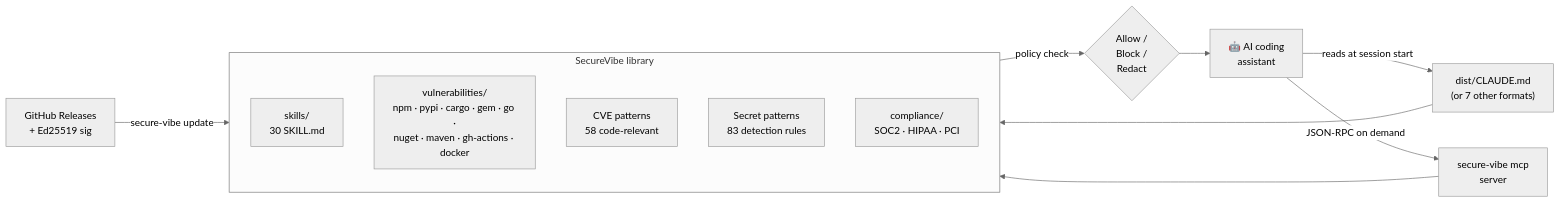
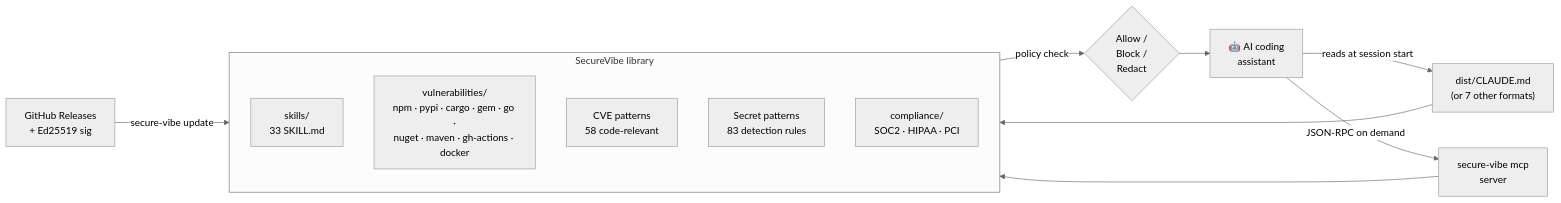
The diagram in docs/index.md (ShieldNet-360/secure-vibe), drawn with Mermaid (neutral theme) before and after one commit. The commit also changed other lines of this file and 11 other files, not shown here.

````diff
--- a/docs/index.md
+++ b/docs/index.md
@@ -96,18 +96,18 @@
 ``` mermaid
 flowchart LR
     AI["🤖 AI coding<br/>assistant"] -->|reads at session start| DIST["dist/CLAUDE.md<br/>(or 7 other formats)"]
     AI -->|JSON-RPC on demand| MCP["secure-vibe mcp<br/>server"]
     subgraph LIB [" SecureVibe library "]
         direction TB
-        SK["skills/<br/>30 SKILL.md"]
+        SK["skills/<br/>33 SKILL.md"]
         VU["vulnerabilities/<br/>npm · pypi · cargo · gem · go ·<br/>nuget · maven · gh-actions · docker"]
         CV["CVE patterns<br/>58 code-relevant"]
         SECRETS["Secret patterns<br/>83 detection rules"]
         CO["compliance/<br/>SOC2 · HIPAA · PCI"]
     end
     DIST --> LIB
     MCP --> LIB
     REL["GitHub Releases<br/>+ Ed25519 sig"] -->|secure-vibe update| LIB
     LIB -->|policy check| DEC{"Allow /<br/>Block /<br/>Redact"}
     DEC --> AI
 ```
````
